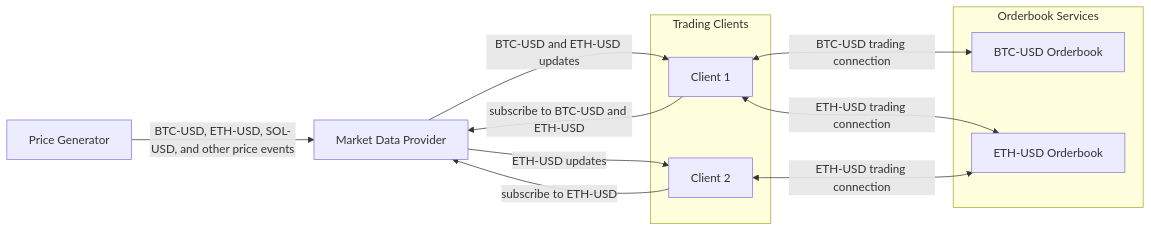
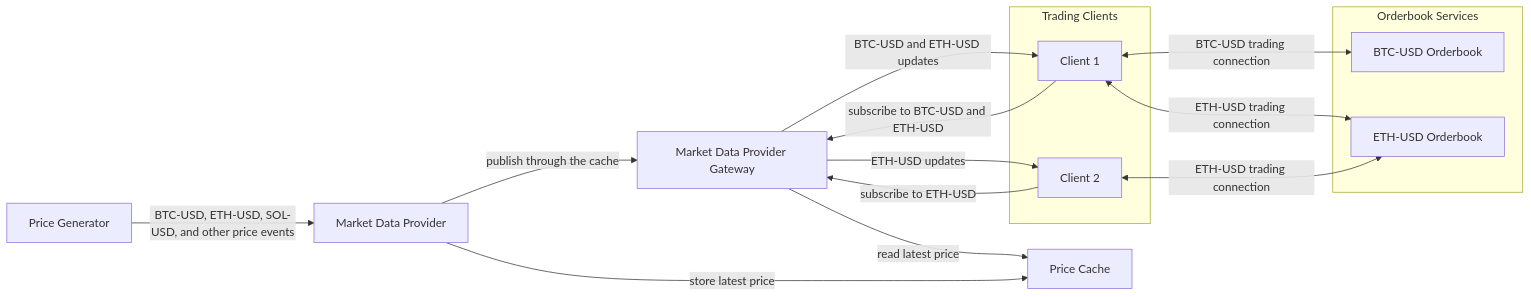
The diagram in docs/architecture.md (Braqzen/orderbook-trading), drawn with Mermaid before and after one commit. The commit also changed other lines of this file and 29 other files, not shown here.

First line of the commit message:
Split the provider into a price receiver, valkey cache and gateway

````diff
--- a/docs/architecture.md
+++ b/docs/architecture.md
@@ -24,27 +24,32 @@
 ```mermaid
 flowchart LR
     Generator["Price Generator"]
     Provider["Market Data Provider"]
+    Cache["Price Cache"]
+    Gateway["Market Data Provider Gateway"]
 
     subgraph Clients["Trading Clients"]
         Client1["Client 1"]
         Client2["Client 2"]
     end
 
     subgraph Orderbooks["Orderbook Services"]
         Bitcoin["BTC-USD Orderbook"]
         Ethereum["ETH-USD Orderbook"]
     end
 
     Generator -->|"BTC-USD, ETH-USD, SOL-USD, and other price events"| Provider
+    Gateway -->|"read latest price"| Cache
+    Provider -->|"store latest price"| Cache
+    Provider -->|"publish through the cache"| Gateway
 
-    Client1 -->|"subscribe to BTC-USD and ETH-USD"| Provider
-    Provider -->|"BTC-USD and ETH-USD updates"| Client1
+    Client1 -->|"subscribe to BTC-USD and ETH-USD"| Gateway
+    Gateway -->|"BTC-USD and ETH-USD updates"| Client1
 
-    Client2 -->|"subscribe to ETH-USD"| Provider
-    Provider -->|"ETH-USD updates"| Client2
+    Client2 -->|"subscribe to ETH-USD"| Gateway
+    Gateway -->|"ETH-USD updates"| Client2
 
     Client1 <-->|"BTC-USD trading connection"| Bitcoin
     Client1 <-->|"ETH-USD trading connection"| Ethereum
     Client2 <-->|"ETH-USD trading connection"| Ethereum
 ```
````
